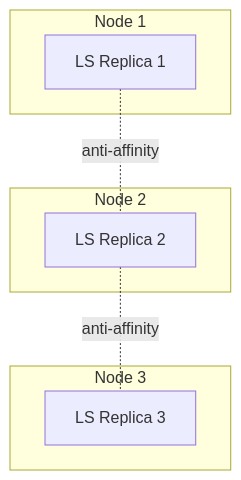
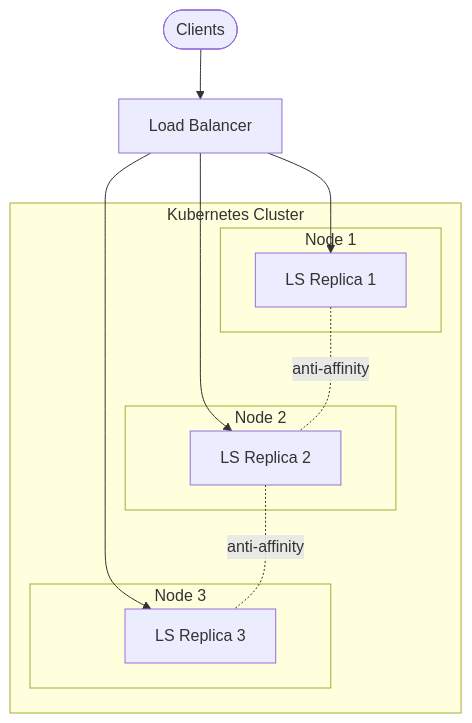
Before and after one commit to Lightstreamer/helm-charts: the first of 5 diagrams in DEPLOYMENT.md, drawn with Mermaid.

Commit message:
Enhance deployment diagram by adding load balancer and client representation

````diff
--- a/DEPLOYMENT.md
+++ b/DEPLOYMENT.md
@@ -1379,15 +1379,26 @@
 ```mermaid
 graph TB
-    subgraph Node 1
-        R1[LS Replica 1]
-    end
-    subgraph Node 2
-        R2[LS Replica 2]
-    end
-    subgraph Node 3
-        R3[LS Replica 3]
+    Clients([Clients])
+    LB[Load Balancer]
+
+    Clients --> LB
+
+    subgraph Kubernetes Cluster
+        subgraph Node 1
+            R1[LS Replica 1]
+        end
+        subgraph Node 2
+            R2[LS Replica 2]
+        end
+        subgraph Node 3
+            R3[LS Replica 3]
+        end
     end
 
-    R1 -. "anti-affinity" .- R2
-    R2 -. "anti-affinity" .- R3
+    LB --> R1
+    LB --> R2
+    LB --> R3
+
+    R1 -. anti-affinity .- R2
+    R2 -. anti-affinity .- R3
 ```
````
